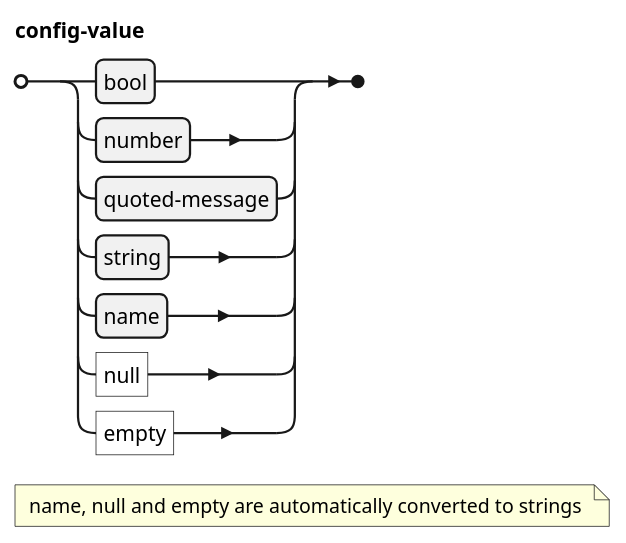
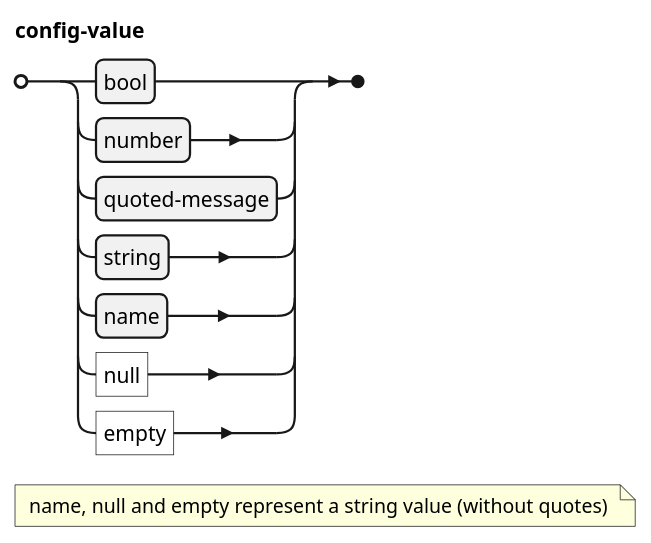
Before and after one commit to jgremmen/message-format: the tenth of 11 diagrams in docs/modules/ROOT/pages/message.adoc, drawn with PlantUML. The commit also changed other lines of this file and 4 other files, not shown here.

```diff
--- a/docs/modules/ROOT/pages/message.adoc
+++ b/docs/modules/ROOT/pages/message.adoc
@@ -203,7 +235,7 @@
 [plantuml,config-value,svg,align=left]
 ....
 @startebnf
 config-value = (bool | number | quoted-message | string | name | 'null' | 'empty');
-(* name, null and empty are automatically converted to strings *)
+(* name, null and empty represent a string value (without quotes) *)
 @endebnf
 ....
```
